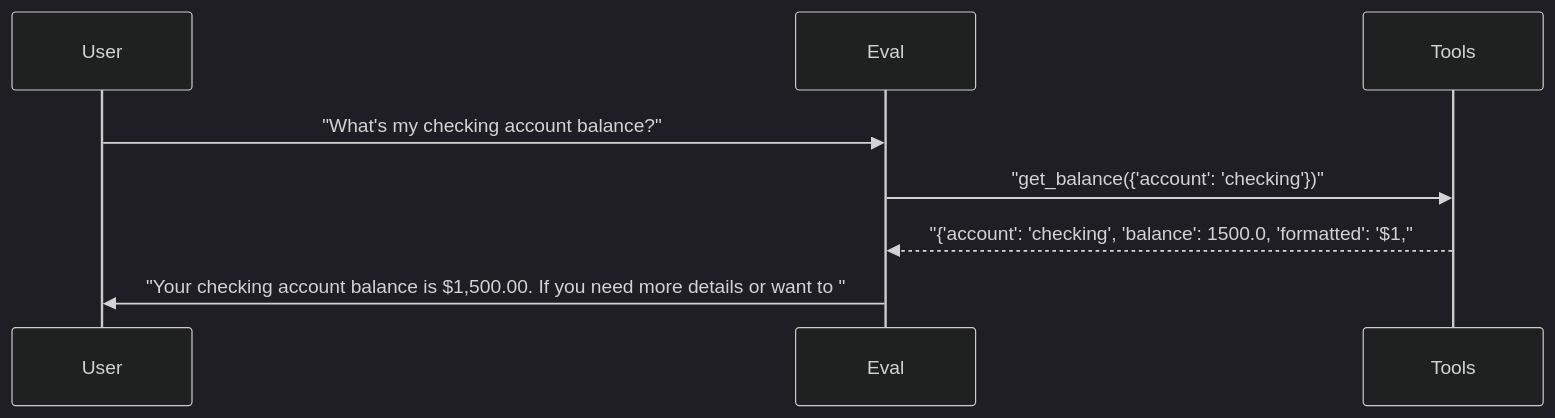
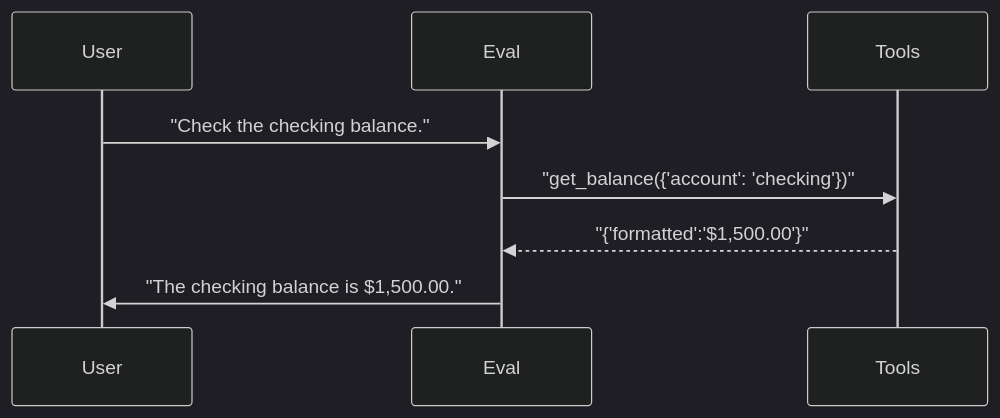
The second of 3 diagrams in docs/demo/hero-report.md (sbroenne/pytest-skill-engineering), drawn with Mermaid (dark theme) before and after one commit. The commit also changed other lines of this file and 137 other files, not shown here.

````diff
--- a/docs/demo/hero-report.md
+++ b/docs/demo/hero-report.md
@@ -262,11 +92,11 @@
 ```mermaid
 sequenceDiagram
     participant User
     participant Eval
     participant Tools
 
-    User->>Eval: "What's my checking account balance?"
+    User->>Eval: "Check the checking balance."
     Eval->>Tools: "get_balance({'account': 'checking'})"
-    Tools-->>Eval: "{'account': 'checking', 'balance': 1500.0, 'formatted': '$1,"
-    Eval->>User: "Your checking account balance is $1,500.00. If you need more details or want to "
+    Tools-->>Eval: "{'formatted':'$1,500.00'}"
+    Eval->>User: "The checking balance is $1,500.00."
 ```
````
